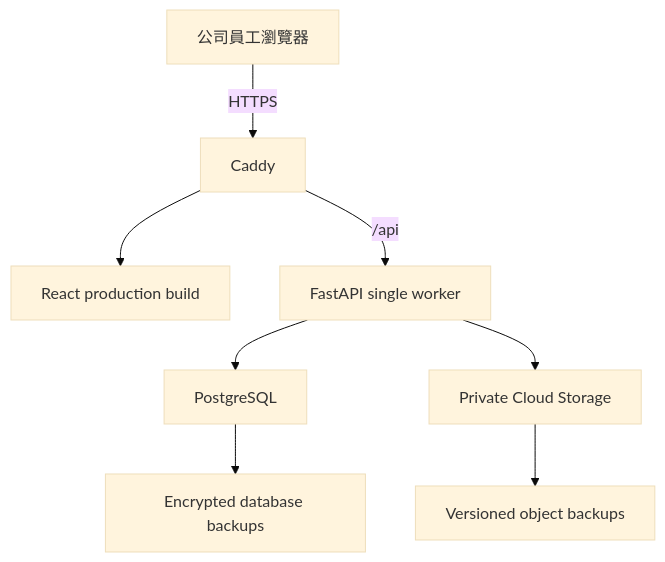
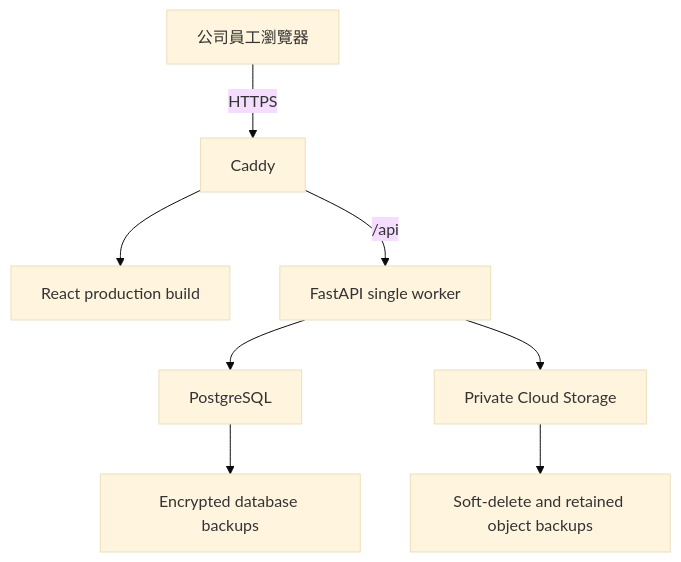
The third of 4 diagrams in 02_最終系統架構.md (kk98033/company-operations-system), drawn with Mermaid (base theme) before and after one commit. The commit also changed other lines of this file and 21 other files, not shown here.

````diff
--- a/02_最終系統架構.md
+++ b/02_最終系統架構.md
@@ -687,10 +687,10 @@
 ```mermaid
 flowchart TD
     U[公司員工瀏覽器] -->|HTTPS| C[Caddy]
     C --> W[React production build]
     C -->|/api| A[FastAPI single worker]
     A --> P[PostgreSQL]
     A --> G[Private Cloud Storage]
     P --> B[Encrypted database backups]
-    G --> B2[Versioned object backups]
+    G --> B2[Soft-delete and retained object backups]
 ```
````
